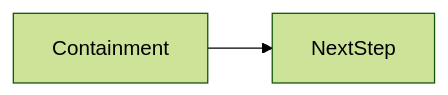
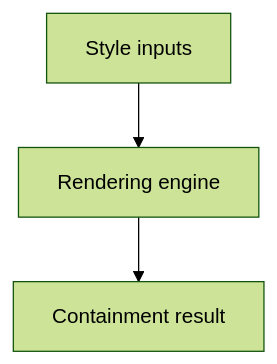
The second of 2 diagrams in docs/en/05-css/containment/index.md (OmidJavaherii/Frontend-Engineering-Handbook), drawn with Mermaid (forest theme) before and after one commit. The commit also changed other lines of this file and 461 other files, not shown here.

````diff
--- a/docs/en/05-css/containment/index.md
+++ b/docs/en/05-css/containment/index.md
@@ -95,4 +108,5 @@
 ```mermaid
-flowchart LR
-  concept[Containment] --> nextStep[NextStep]
+flowchart TD
+  Input[Style inputs] --> Engine[Rendering engine]
+  Engine --> Out[Containment result]
 ```
````
